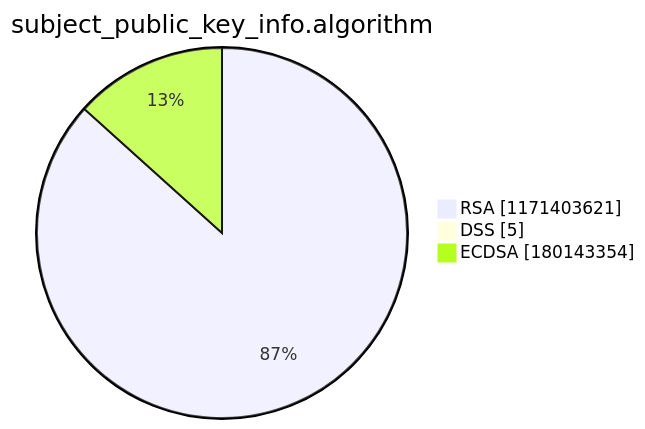
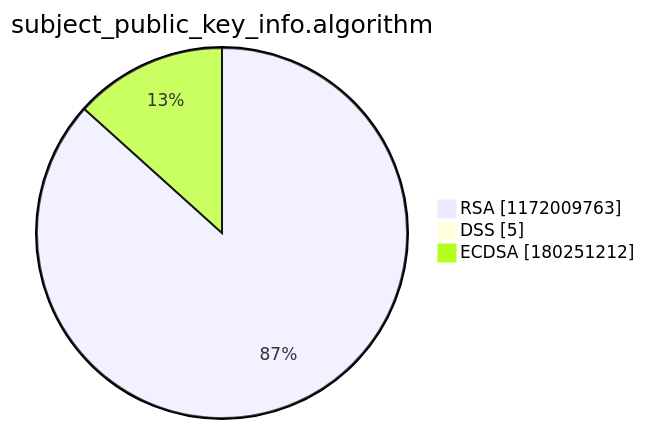
The third of 15 diagrams in argon2022/README.md (christiankrug/ctmonitor_visualization), drawn with Mermaid before and after one commit. The commit also changed other lines of this file, not shown here.

````diff
--- a/argon2022/README.md
+++ b/argon2022/README.md
@@ -14,7 +14,7 @@
 ```mermaid
 pie showData
 title subject_public_key_info.algorithm
-"RSA" :1171403621
+"RSA" :1172009763
 "DSS" :5
-"ECDSA" :180143354
+"ECDSA" :180251212
 ```
````
